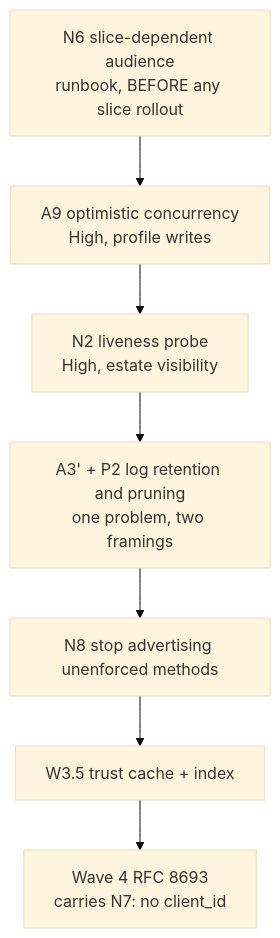
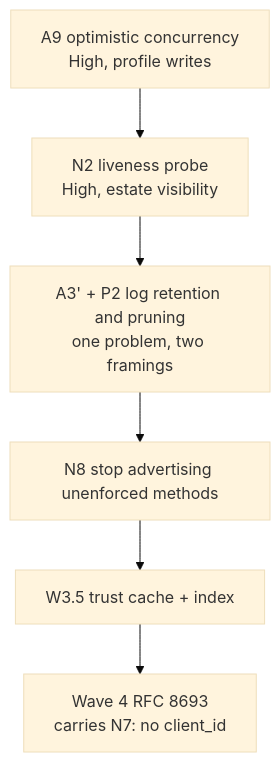
One commit to pranems/SCIMServer changed the diagram in docs/auth/REMAINING_WORK_REGISTER.md. Above: the diagram before and after it, drawn with Mermaid (base theme). The commit also changed other lines of this file and 31 other files, not shown here.

````diff
--- a/docs/auth/REMAINING_WORK_REGISTER.md
+++ b/docs/auth/REMAINING_WORK_REGISTER.md
@@ -203,9 +210,8 @@
 ```mermaid
 flowchart TD
-    N6["N6 slice-dependent audience<br/>runbook, BEFORE any slice rollout"] --> A9["A9 optimistic concurrency<br/>High, profile writes"]
-    A9 --> N2["N2 liveness probe<br/>High, estate visibility"]
+    A9["A9 optimistic concurrency<br/>High, profile writes"] --> N2["N2 liveness probe<br/>High, estate visibility"]
     N2 --> A3["A3' + P2 log retention and pruning<br/>one problem, two framings"]
     A3 --> N8["N8 stop advertising unenforced methods"]
     N8 --> W35["W3.5 trust cache + index"]
     W35 --> W41["Wave 4 RFC 8693<br/>carries N7: no client_id"]
 ```
````
